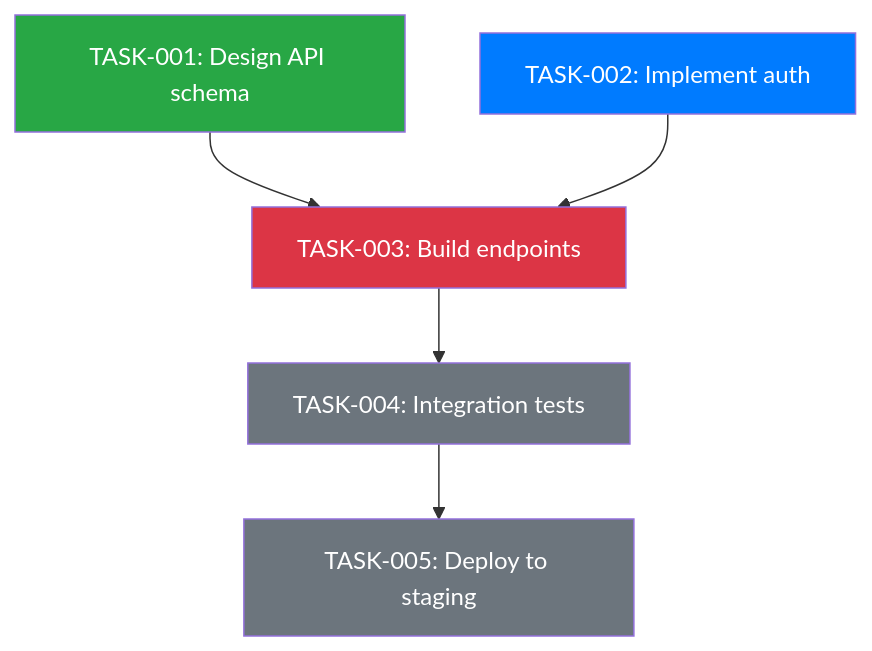
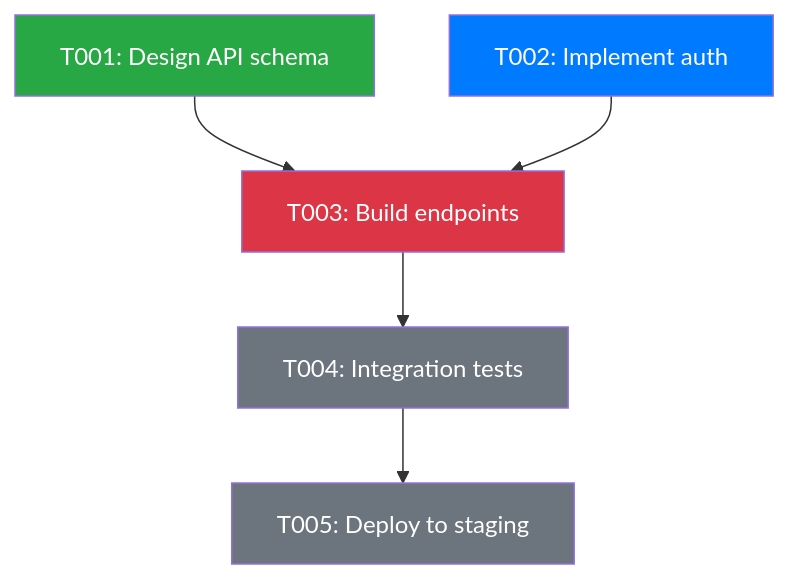
The first of 3 diagrams in implementation/knowledge/skills/dependency-graphing/SKILL.md (xemage/emage.code), drawn with Mermaid before and after one commit. The commit also changed other lines of this file and 258 other files, not shown here.

````diff
--- a/implementation/knowledge/skills/dependency-graphing/SKILL.md
+++ b/implementation/knowledge/skills/dependency-graphing/SKILL.md
@@ -42,19 +42,19 @@
 ```mermaid
 graph TD
-    TASK_001["TASK-001: Design API schema"]
-    TASK_002["TASK-002: Implement auth"]
-    TASK_003["TASK-003: Build endpoints"]
-    TASK_004["TASK-004: Integration tests"]
-    TASK_005["TASK-005: Deploy to staging"]
+    TASK_001["T001: Design API schema"]
+    TASK_002["T002: Implement auth"]
+    TASK_003["T003: Build endpoints"]
+    TASK_004["T004: Integration tests"]
+    TASK_005["T005: Deploy to staging"]
 
     TASK_001 --> TASK_003
     TASK_002 --> TASK_003
     TASK_003 --> TASK_004
     TASK_004 --> TASK_005
 
     style TASK_001 fill:#28a745,color:#fff
     style TASK_002 fill:#007bff,color:#fff
     style TASK_003 fill:#dc3545,color:#fff
     style TASK_004 fill:#6c757d,color:#fff
     style TASK_005 fill:#6c757d,color:#fff
 ```
````
